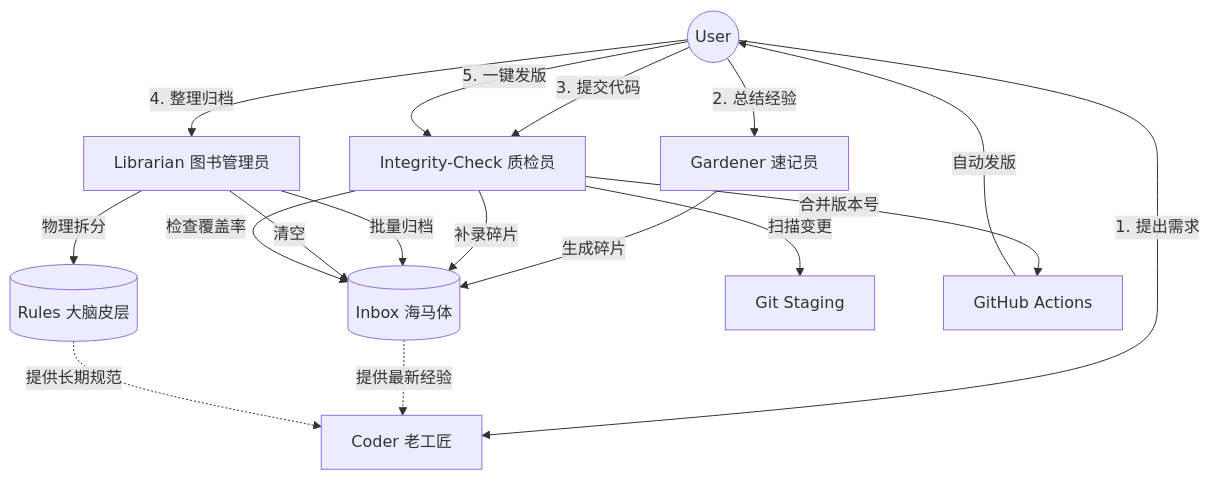
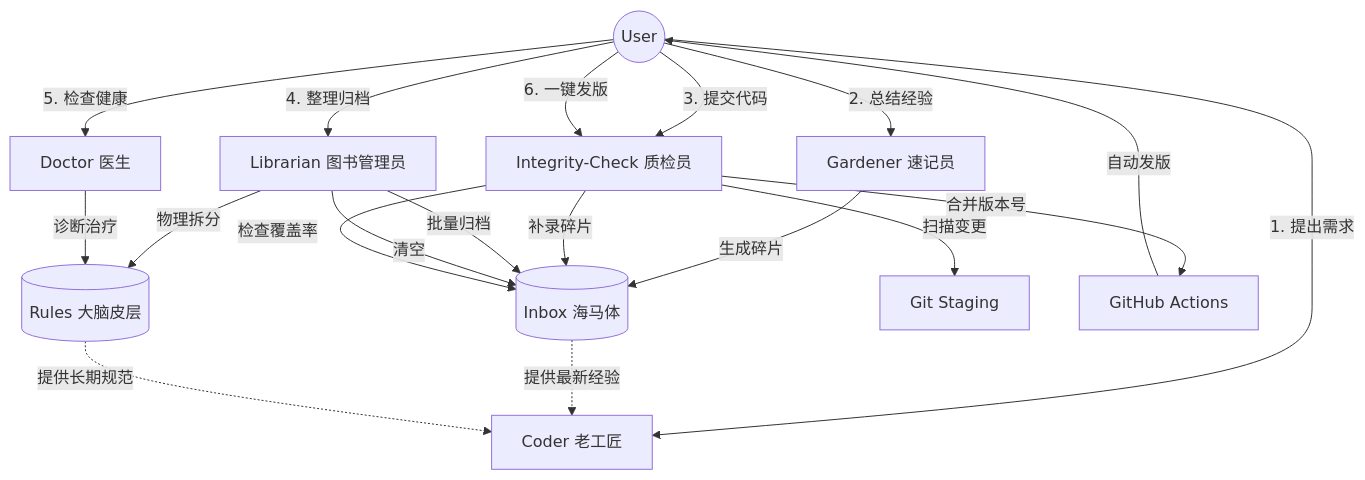
Before and after one commit to vincentline/Knowledge-Skills: the diagram in README.md, drawn with Mermaid. The commit also changed other lines of this file and 5 other files, not shown here.

````diff
--- a/README.md
+++ b/README.md
@@ -74,41 +66,44 @@
 ```mermaid
 graph TD
     User((User))
     AC[Coder 老工匠]
     KG[Gardener 速记员]
     IC[Integrity-Check 质检员]
     KL[Librarian 图书管理员]
+    KD[Doctor 医生]
     
     Inbox[(Inbox 海马体)]
     Rules[(Rules 大脑皮层)]
     Git[Git Staging]
     GH[GitHub Actions]
 
     %% 交互流程
     User -->|1. 提出需求| AC
     User -->|2. 总结经验| KG
     User -->|3. 提交代码| IC
     User -->|4. 整理归档| KL
-    User -->|5. 一键发版| IC
+    User -->|5. 检查健康| KD
+    User -->|6. 一键发版| IC
 
     %% 写入流
     KG -->|生成碎片| Inbox
     IC -->|补录碎片| Inbox
     
     %% 读取流
     Inbox -.->|提供最新经验| AC
     Rules -.->|提供长期规范| AC
     
     %% 整理流
     KL -->|批量归档| Inbox
     KL -->|物理拆分| Rules
     KL -->|清空| Inbox
     
     %% 检查流
+    KD -->|诊断治疗| Rules
     IC -->|扫描变更| Git
     IC -->|检查覆盖率| Inbox
     
     %% 发布流
     IC -->|合并版本号| GH
     GH -->|自动发版| User
 ```
````
